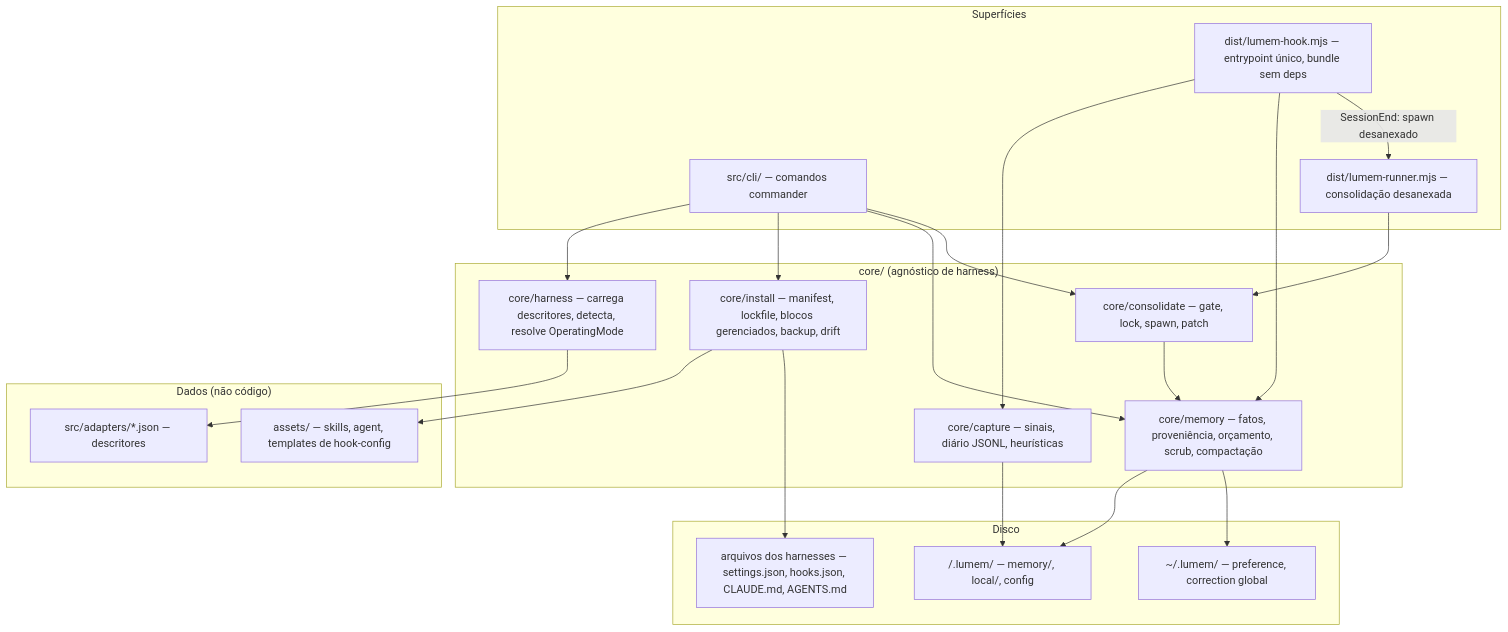
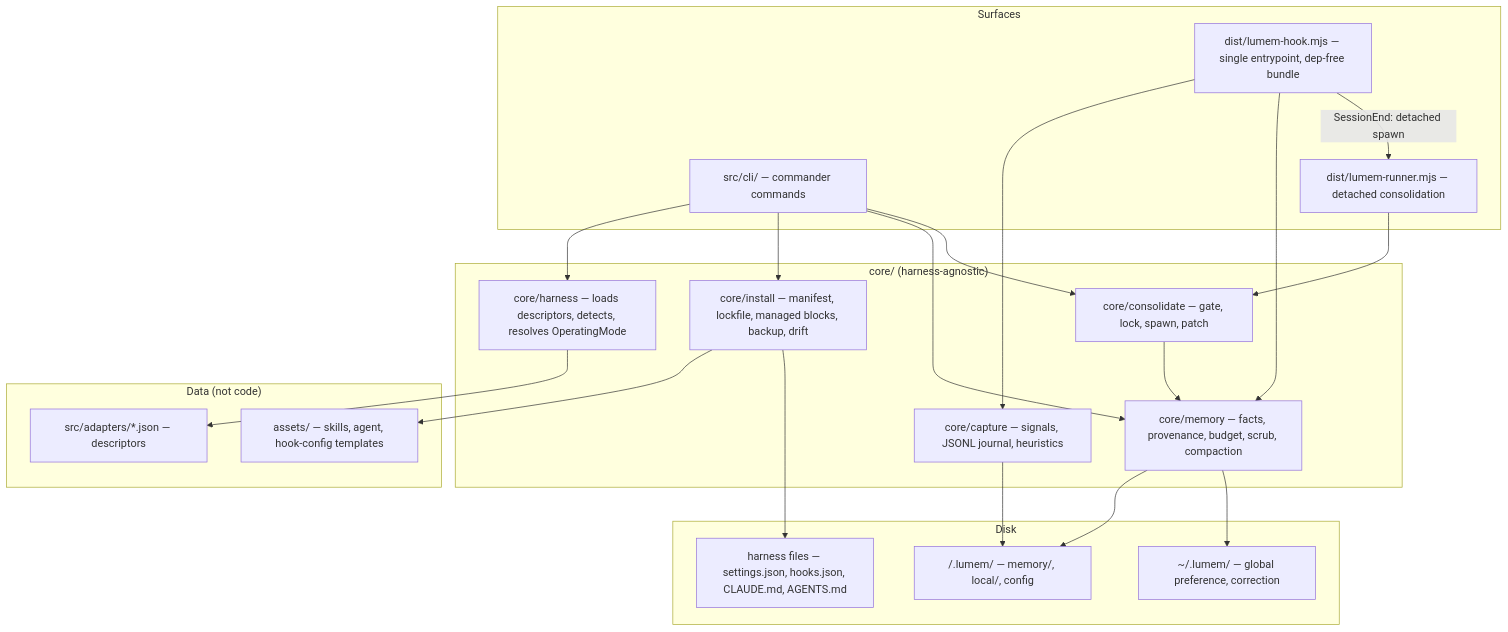
One commit to vinihcrosa/lumem changed the first of 2 diagrams in .specs/features/lumem-v1/design.md. Above: the diagram before and after it, drawn with Mermaid. The commit also changed other lines of this file and 8 other files, not shown here.

````diff
--- a/.specs/features/lumem-v1/design.md
+++ b/.specs/features/lumem-v1/design.md
@@ -38,38 +38,38 @@
 ```mermaid
 graph TD
-    subgraph "Superfícies"
-        CLI["src/cli/ — comandos commander"]
-        HOOK["dist/lumem-hook.mjs — entrypoint único, bundle sem deps"]
-        RUNNER["dist/lumem-runner.mjs — consolidação desanexada"]
+    subgraph "Surfaces"
+        CLI["src/cli/ — commander commands"]
+        HOOK["dist/lumem-hook.mjs — single entrypoint, dep-free bundle"]
+        RUNNER["dist/lumem-runner.mjs — detached consolidation"]
     end
 
-    subgraph "core/ (agnóstico de harness)"
-        HARN["core/harness — carrega descritores, detecta, resolve OperatingMode"]
-        INST["core/install — manifest, lockfile, blocos gerenciados, backup, drift"]
-        MEM["core/memory — fatos, proveniência, orçamento, scrub, compactação"]
-        CAP["core/capture — sinais, diário JSONL, heurísticas"]
+    subgraph "core/ (harness-agnostic)"
+        HARN["core/harness — loads descriptors, detects, resolves OperatingMode"]
+        INST["core/install — manifest, lockfile, managed blocks, backup, drift"]
+        MEM["core/memory — facts, provenance, budget, scrub, compaction"]
+        CAP["core/capture — signals, JSONL journal, heuristics"]
         CONS["core/consolidate — gate, lock, spawn, patch"]
     end
 
-    subgraph "Dados (não código)"
-        ADP["src/adapters/*.json — descritores"]
-        AST["assets/ — skills, agent, templates de hook-config"]
+    subgraph "Data (not code)"
+        ADP["src/adapters/*.json — descriptors"]
+        AST["assets/ — skills, agent, hook-config templates"]
     end
 
-    subgraph "Disco"
+    subgraph "Disk"
         PROJ["<repo>/.lumem/ — memory/, local/, config"]
-        GLOB["~/.lumem/ — preference, correction global"]
-        HFILES["arquivos dos harnesses — settings.json, hooks.json, CLAUDE.md, AGENTS.md"]
+        GLOB["~/.lumem/ — global preference, correction"]
+        HFILES["harness files — settings.json, hooks.json, CLAUDE.md, AGENTS.md"]
     end
 
     CLI --> HARN & INST & MEM & CONS
     HOOK --> CAP & MEM
-    HOOK -- "SessionEnd: spawn desanexado" --> RUNNER
+    HOOK -- "SessionEnd: detached spawn" --> RUNNER
     RUNNER --> CONS
     CONS --> MEM
     HARN --> ADP
     INST --> AST
     INST --> HFILES
     MEM --> PROJ & GLOB
     CAP --> PROJ
 ```
````
